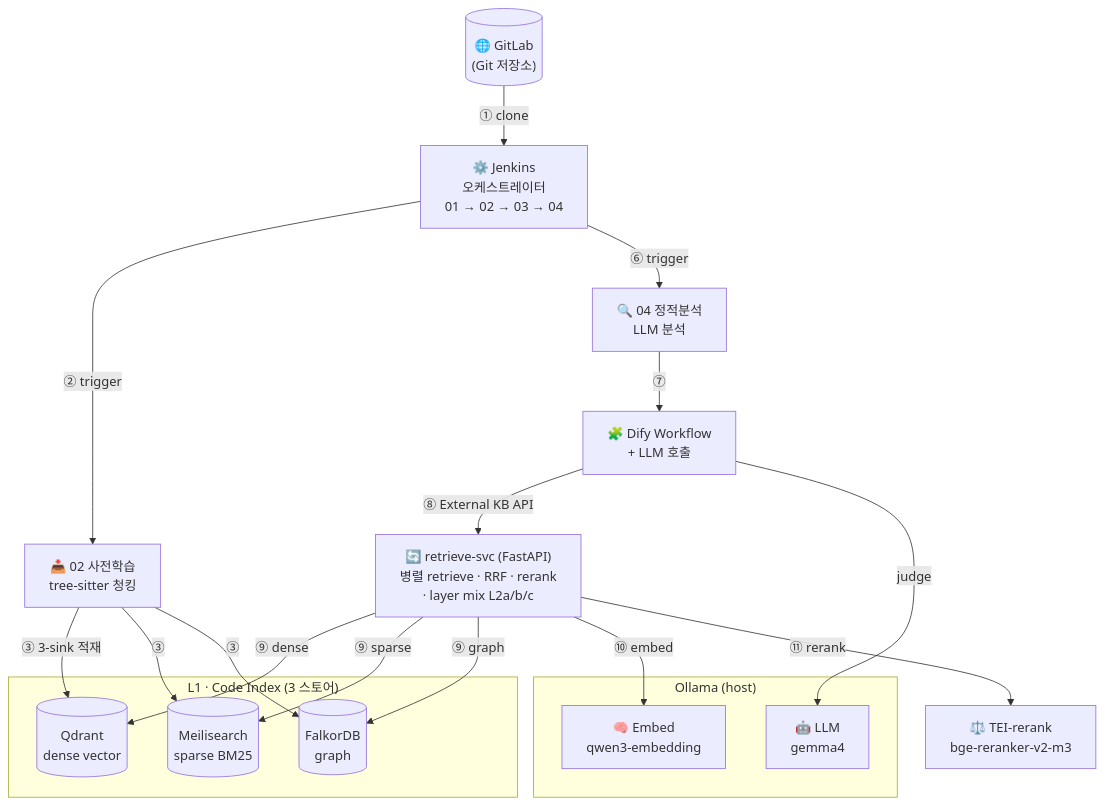
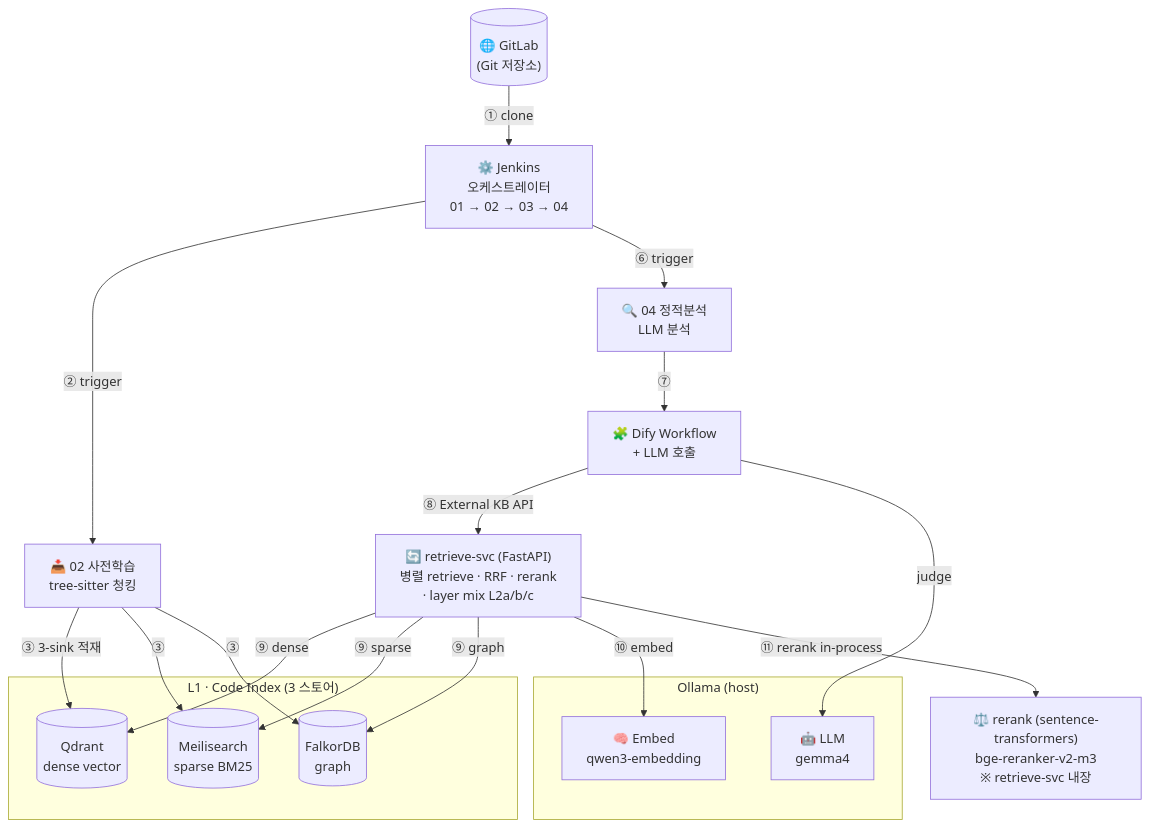
One commit to illegaluser/airgap-test-toolchain changed the second of 7 diagrams in code-AI-quality-allinone/docs/PLAN_CODE_RAG_AND_SPEC_TRACEABILITY.md. Above: the diagram before and after it, drawn with Mermaid. The commit also changed other lines of this file and 2 other files, not shown here.

````diff
--- a/code-AI-quality-allinone/docs/PLAN_CODE_RAG_AND_SPEC_TRACEABILITY.md
+++ b/code-AI-quality-allinone/docs/PLAN_CODE_RAG_AND_SPEC_TRACEABILITY.md
@@ -265,38 +271,38 @@
 ```mermaid
 flowchart TB
     GitLab[("🌐 GitLab<br/>(Git 저장소)")]
     Jenkins["⚙️ Jenkins<br/>오케스트레이터<br/>01 → 02 → 03 → 04"]
     P02["📥 02 사전학습<br/>tree-sitter 청킹"]
     P04["🔍 04 정적분석<br/>LLM 분석"]
 
     subgraph L1["L1 · Code Index (3 스토어)"]
         Qdrant[("Qdrant<br/>dense vector")]
         Meili[("Meilisearch<br/>sparse BM25")]
         Falkor[("FalkorDB<br/>graph")]
     end
 
     Dify["🧩 Dify Workflow<br/>+ LLM 호출"]
     Retrieve["🔄 retrieve-svc (FastAPI)<br/>병렬 retrieve · RRF · rerank<br/>· layer mix L2a/b/c"]
 
     subgraph Models["Ollama (host)"]
         LLM["🤖 LLM<br/>gemma4"]
         Embed["🧠 Embed<br/>qwen3-embedding"]
     end
 
-    TEI["⚖️ TEI-rerank<br/>bge-reranker-v2-m3"]
+    Rerank["⚖️ rerank (sentence-transformers)<br/>bge-reranker-v2-m3<br/>※ retrieve-svc 내장"]
 
     GitLab -->|① clone| Jenkins
     Jenkins -->|② trigger| P02
     Jenkins -->|⑥ trigger| P04
     P02 -->|③ 3-sink 적재| Qdrant
     P02 -->|③| Meili
     P02 -->|③| Falkor
     P04 -->|⑦| Dify
     Dify -->|⑧ External KB API| Retrieve
     Retrieve -->|⑨ dense| Qdrant
     Retrieve -->|⑨ sparse| Meili
     Retrieve -->|⑨ graph| Falkor
     Retrieve -->|⑩ embed| Embed
-    Retrieve -->|⑪ rerank| TEI
+    Retrieve -->|⑪ rerank in-process| Rerank
     Dify -->|judge| LLM
 ```
````
